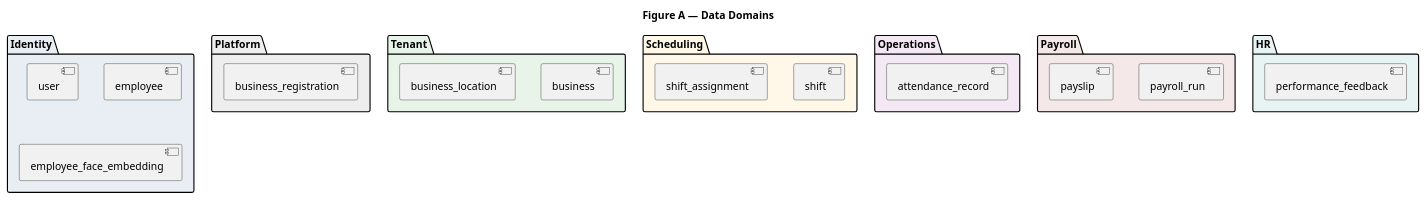
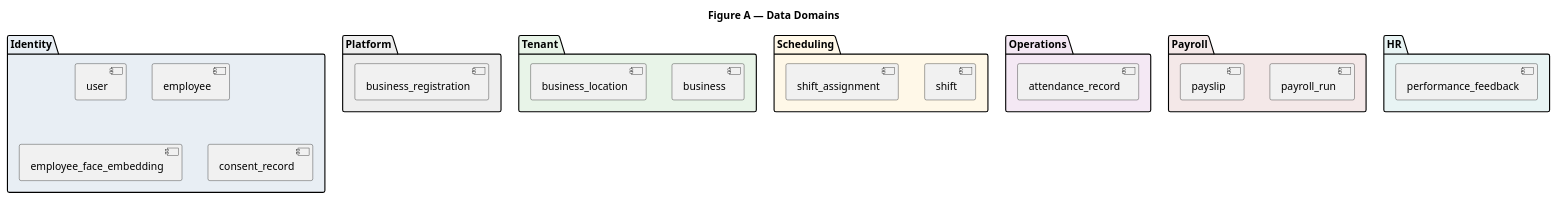
Before and after one commit to JRParreno/aroll: the first of 3 diagrams in docs/DATABASE-ERD.md, drawn with PlantUML. The commit also changed other lines of this file and 49 other files, not shown here.

````diff
--- a/docs/DATABASE-ERD.md
+++ b/docs/DATABASE-ERD.md
@@ -23,39 +23,40 @@
 ```plantuml
 @startuml ERD_Domains
 title Figure A — Data Domains
 
 package "Platform" #EEEEEE {
   [business_registration]
 }
 
 package "Tenant" #E8F4E8 {
   [business]
   [business_location]
 }
 
 package "Identity" #E8EEF4 {
   [user]
   [employee]
   [employee_face_embedding]
+  [consent_record]
 }
 
 package "Scheduling" #FFF8E8 {
   [shift]
   [shift_assignment]
 }
 
 package "Operations" #F4E8F4 {
   [attendance_record]
 }
 
 package "Payroll" #F4E8E8 {
   [payroll_run]
   [payslip]
 }
 
 package "HR" #E8F4F4 {
   [performance_feedback]
 }
 
 @enduml
 ```
````
